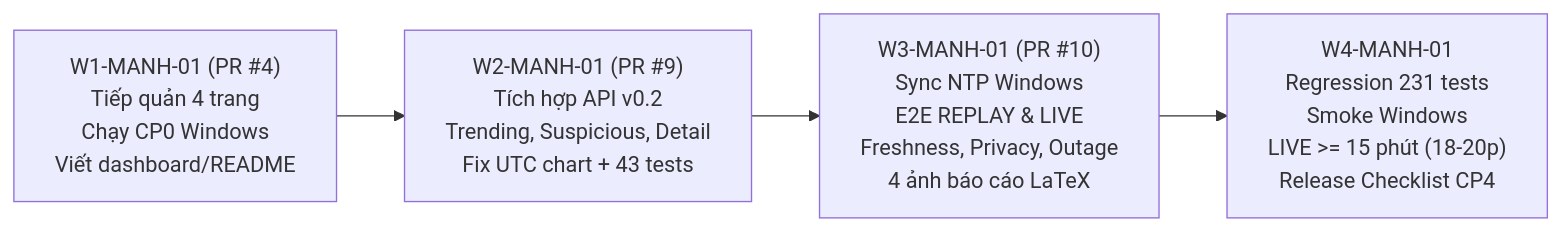
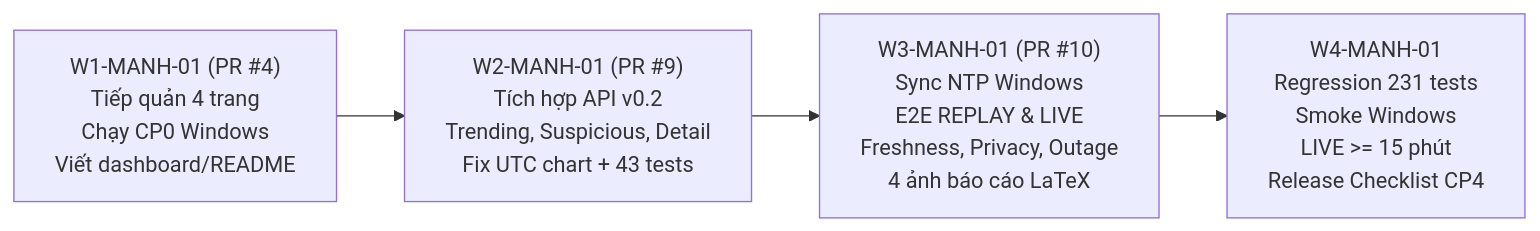
The first of 3 diagrams in docs/manh/dashboard-bao-cao.md (Trong-eng/WikiPulse-Full-Stack-Real-Time-Wikipedia-Trend-Analysis-and-Suspicious-Edit-Detection-Platform), drawn with Mermaid before and after one commit. The commit also changed other lines of this file and 7 other files, not shown here.

````diff
--- a/docs/manh/dashboard-bao-cao.md
+++ b/docs/manh/dashboard-bao-cao.md
@@ -7,6 +7,6 @@
 ```mermaid
 flowchart LR
     W1["W1-MANH-01 (PR #4)<br/>Tiếp quản 4 trang<br/>Chạy CP0 Windows<br/>Viết dashboard/README"] --> W2["W2-MANH-01 (PR #9)<br/>Tích hợp API v0.2<br/>Trending, Suspicious, Detail<br/>Fix UTC chart + 43 tests"]
     W2 --> W3["W3-MANH-01 (PR #10)<br/>Sync NTP Windows<br/>E2E REPLAY & LIVE<br/>Freshness, Privacy, Outage<br/>4 ảnh báo cáo LaTeX"]
-    W3 --> W4["W4-MANH-01<br/>Regression 231 tests<br/>Smoke Windows<br/>LIVE >= 15 phút (18-20p)<br/>Release Checklist CP4"]
+    W3 --> W4["W4-MANH-01<br/>Regression 231 tests<br/>Smoke Windows<br/>LIVE >= 15 phút<br/>Release Checklist CP4"]
 ```
````
